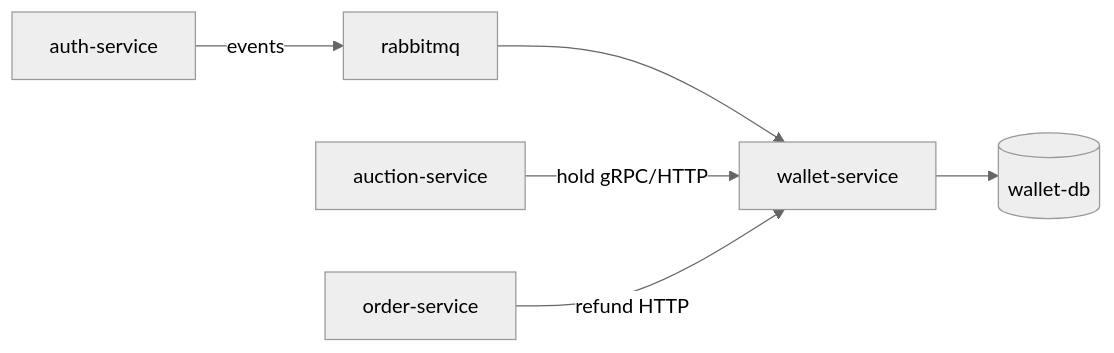
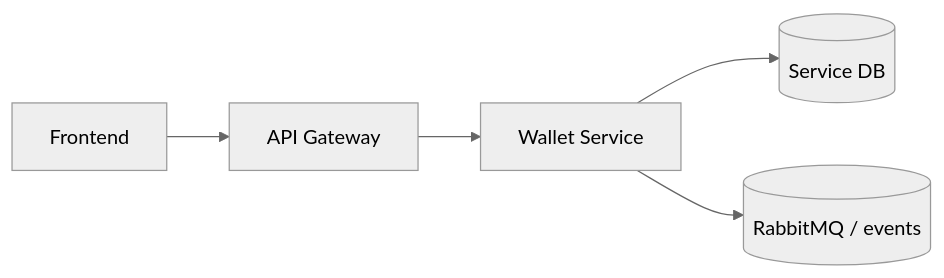
One commit to advprog-2026-A17-project/bidmart-wallet-service-rust changed the diagram in docs/3. Software Architecture.md. Above: the diagram before and after it, drawn with Mermaid (neutral theme). The commit also changed other lines of this file and 43 other files, not shown here.

````diff
--- a/docs/3. Software Architecture.md
+++ b/docs/3. Software Architecture.md
@@ -13,8 +13,7 @@
 ```mermaid
 flowchart LR
-  AUTH[auth-service] -->|events| RMQ[rabbitmq]
-  RMQ --> WALLET[wallet-service]
-  AUC[auction-service] -->|hold gRPC/HTTP| WALLET
-  ORDER[order-service] -->|refund HTTP| WALLET
-  WALLET --> WDB[(wallet-db)]
+  FE[Frontend] --> GW[API Gateway]
+  GW --> S[Wallet Service]
+  S --> DB[(Service DB)]
+  S --> MQ[(RabbitMQ / events)]
 ```
````
